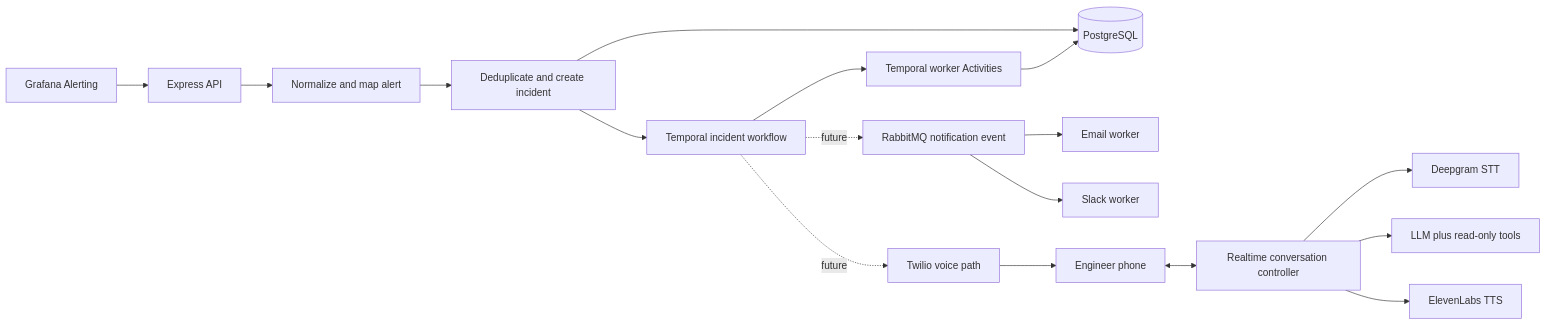
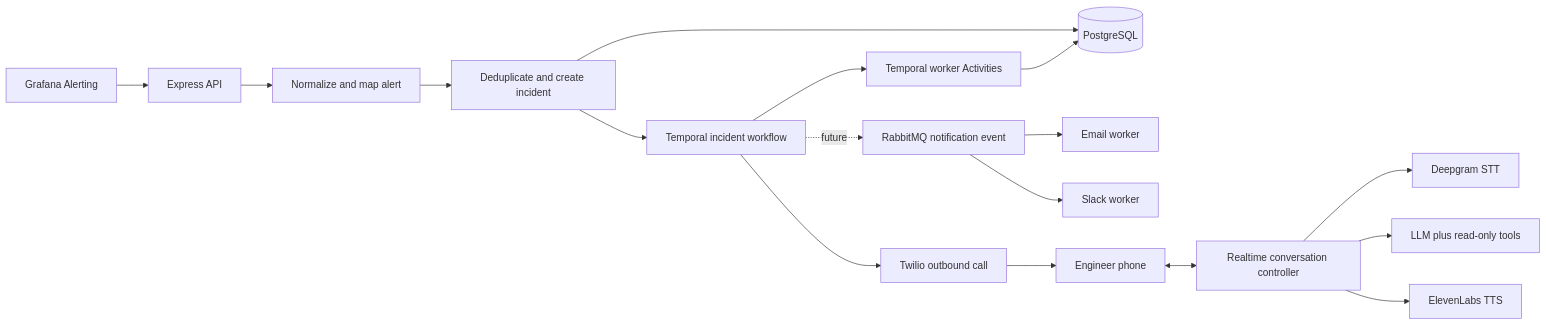
One commit to abhinavkarnatak-dev/WakeOps changed the first of 2 diagrams in docs/architecture.md. Above: the diagram before and after it, drawn with Mermaid. The commit also changed other lines of this file and 25 other files, not shown here.

````diff
--- a/docs/architecture.md
+++ b/docs/architecture.md
@@ -5,19 +5,19 @@
 ```mermaid
 flowchart LR
     M[Grafana Alerting] --> API[Express API]
     API --> A[Normalize and map alert]
     A --> I[Deduplicate and create incident]
     I --> DB[(PostgreSQL)]
     I --> T[Temporal incident workflow]
     T --> W[Temporal worker Activities]
     W --> DB
-    T -. future .-> V[Twilio voice path]
+    T --> V[Twilio outbound call]
     T -. future .-> Q[RabbitMQ notification event]
     Q --> E[Email worker]
     Q --> S[Slack worker]
     V --> P[Engineer phone]
     P <--> C[Realtime conversation controller]
     C --> D[Deepgram STT]
     C --> L[LLM plus read-only tools]
     C --> EL[ElevenLabs TTS]
 ```
````
